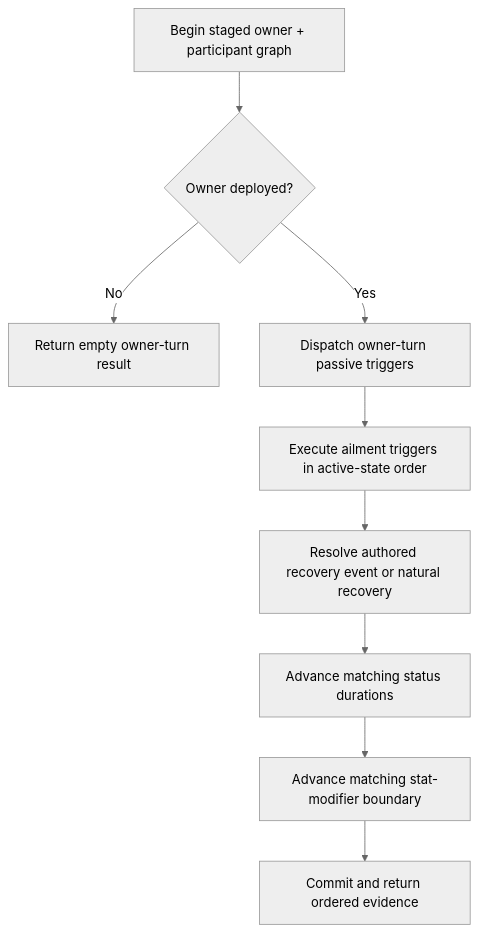
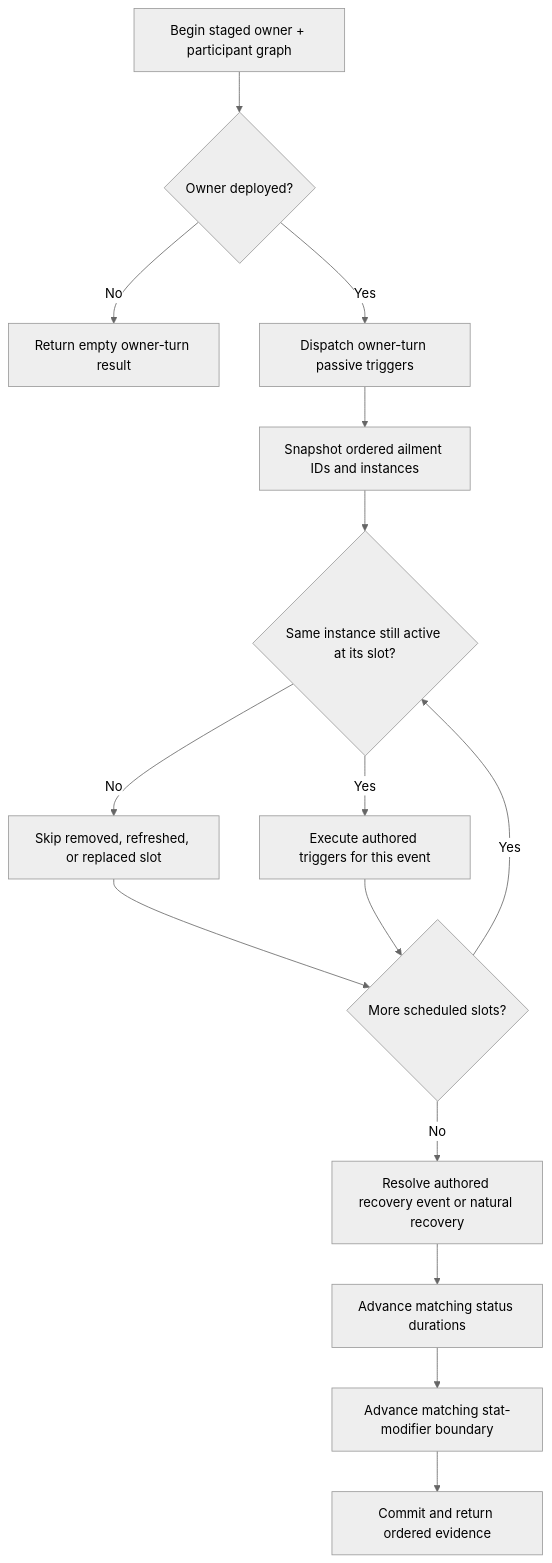
Before and after one commit to KayelC/Convergence: the third of 6 diagrams in docs/technical/status-passive-lifecycle.md, drawn with Mermaid (neutral theme). The commit also changed other lines of this file and 9 other files, not shown here.

````diff
--- a/docs/technical/status-passive-lifecycle.md
+++ b/docs/technical/status-passive-lifecycle.md
@@ -109,11 +109,17 @@
 ```mermaid
 flowchart TD
     A["Begin staged owner + participant graph"] --> B{"Owner deployed?"}
     B -- "No" --> Z["Return empty owner-turn result"]
     B -- "Yes" --> C["Dispatch owner-turn passive triggers"]
-    C --> D["Execute ailment triggers in active-state order"]
-    D --> E["Resolve authored recovery event or natural recovery"]
-    E --> F["Advance matching status durations"]
-    F --> G["Advance matching stat-modifier boundary"]
-    G --> H["Commit and return ordered evidence"]
+    C --> D["Snapshot ordered ailment IDs and instances"]
+    D --> E{"Same instance still active at its slot?"}
+    E -- "No" --> F["Skip removed, refreshed, or replaced slot"]
+    E -- "Yes" --> G["Execute authored triggers for this event"]
+    F --> H{"More scheduled slots?"}
+    G --> H
+    H -- "Yes" --> E
+    H -- "No" --> I["Resolve authored recovery event or natural recovery"]
+    I --> J["Advance matching status durations"]
+    J --> K["Advance matching stat-modifier boundary"]
+    K --> L["Commit and return ordered evidence"]
 ```
````
